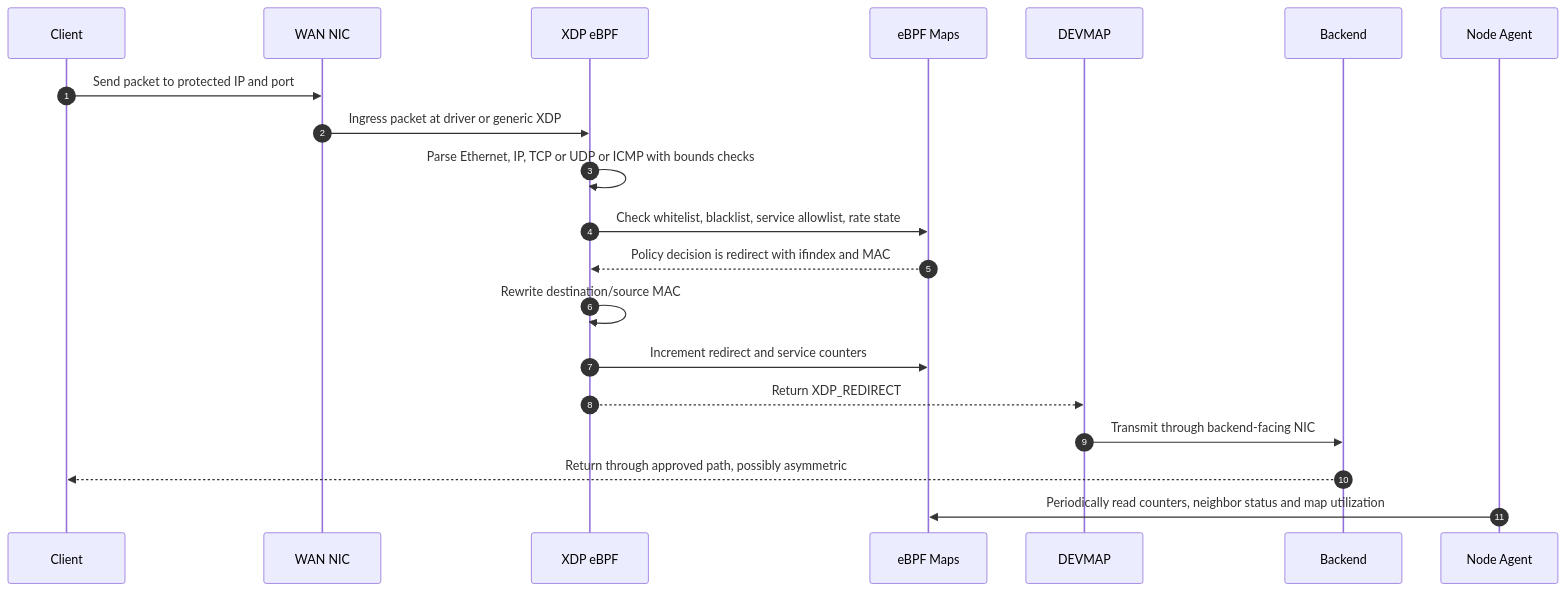
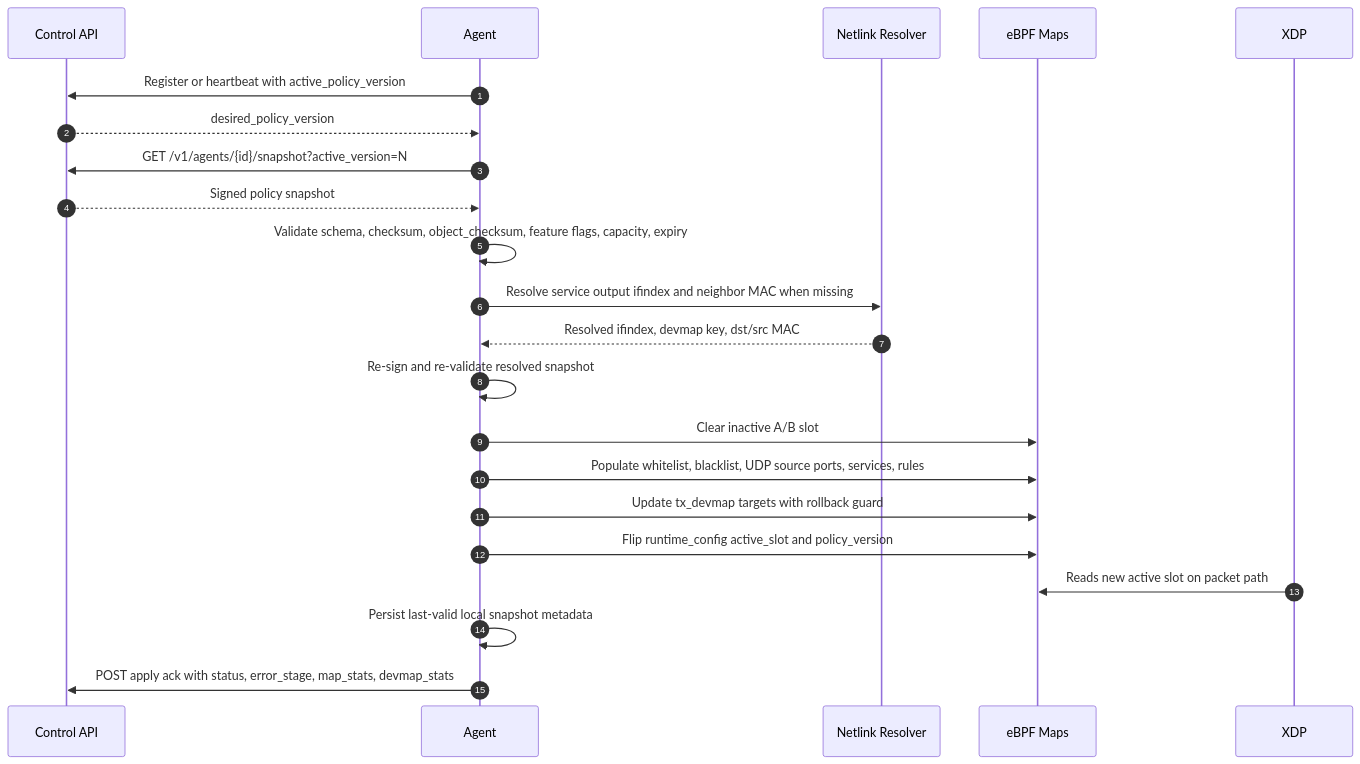
The fourth of 5 diagrams in docs/System-Architecture-Design.md (ken9xkyo/anti-ddos), drawn with Mermaid before and after one commit. The commit also changed other lines of this file, not shown here.

````diff
--- a/docs/System-Architecture-Design.md
+++ b/docs/System-Architecture-Design.md
@@ -126,23 +318,25 @@
 ```mermaid
 sequenceDiagram
     autonumber
-    participant C as Client
-    participant W as WAN NIC
-    participant X as XDP eBPF
+    participant C as Control API
+    participant A as Agent
+    participant R as Netlink Resolver
     participant M as eBPF Maps
-    participant D as DEVMAP
-    participant B as Backend
-    participant A as Node Agent
+    participant X as XDP
 
-    C->>W: Send packet to protected IP and port
-    W->>X: Ingress packet at driver or generic XDP
-    X->>X: Parse Ethernet, IP, TCP or UDP or ICMP with bounds checks
-    X->>M: Check whitelist, blacklist, service allowlist, rate state
-    M-->>X: Policy decision is redirect with ifindex and MAC
-    X->>X: Rewrite destination/source MAC
-    X->>M: Increment redirect and service counters
-    X-->>D: Return XDP_REDIRECT
-    D->>B: Transmit through backend-facing NIC
-    B-->>C: Return through approved path, possibly asymmetric
-    A->>M: Periodically read counters, neighbor status and map utilization
+    A->>C: Register or heartbeat with active_policy_version
+    C-->>A: desired_policy_version
+    A->>C: GET /v1/agents/{id}/snapshot?active_version=N
+    C-->>A: Signed policy snapshot
+    A->>A: Validate schema, checksum, object_checksum, feature flags, capacity, expiry
+    A->>R: Resolve service output ifindex and neighbor MAC when missing
+    R-->>A: Resolved ifindex, devmap key, dst/src MAC
+    A->>A: Re-sign and re-validate resolved snapshot
+    A->>M: Clear inactive A/B slot
+    A->>M: Populate whitelist, blacklist, UDP source ports, services, rules
+    A->>M: Update tx_devmap targets with rollback guard
+    A->>M: Flip runtime_config active_slot and policy_version
+    X->>M: Reads new active slot on packet path
+    A->>A: Persist last-valid local snapshot metadata
+    A->>C: POST apply ack with status, error_stage, map_stats, devmap_stats
 ```
````
